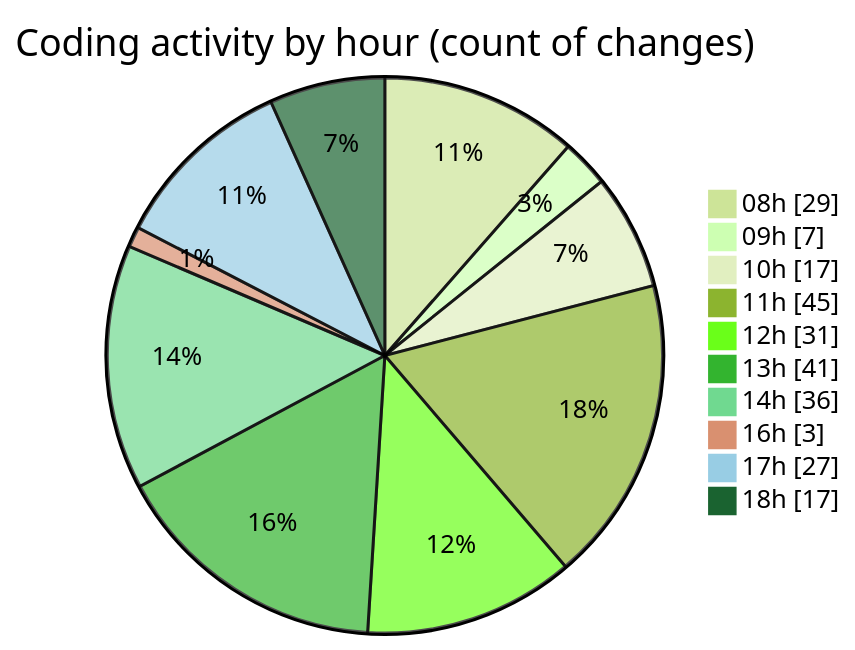
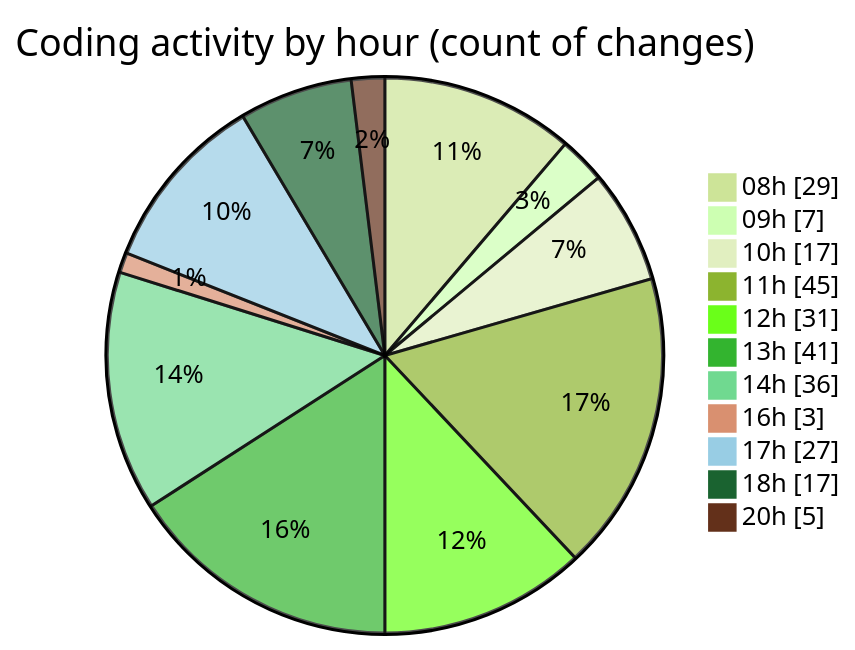
The second of 2 diagrams in 2025-04-09/cda/README.md (momahboobian/code-tracking), drawn with Mermaid (forest theme) before and after one commit. The commit also changed other lines of this file and 1 other file, not shown here.

````diff
--- a/2025-04-09/cda/README.md
+++ b/2025-04-09/cda/README.md
@@ -60,14 +61,15 @@
 ```mermaid
 pie showData
 title Coding activity by hour (count of changes)
 "08h" : 29
 "09h" : 7
 "10h" : 17
 "11h" : 45
 "12h" : 31
 "13h" : 41
 "14h" : 36
 "16h" : 3
 "17h" : 27
 "18h" : 17
+"20h" : 5
 ```
````
